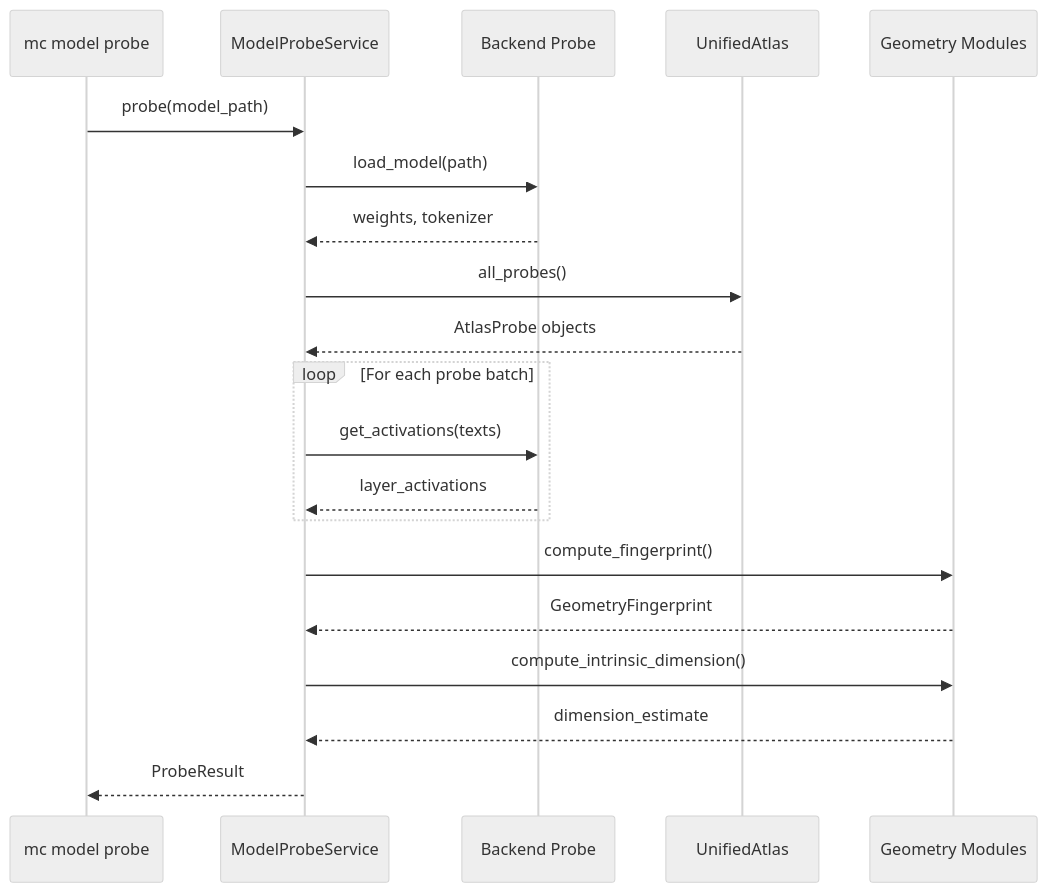
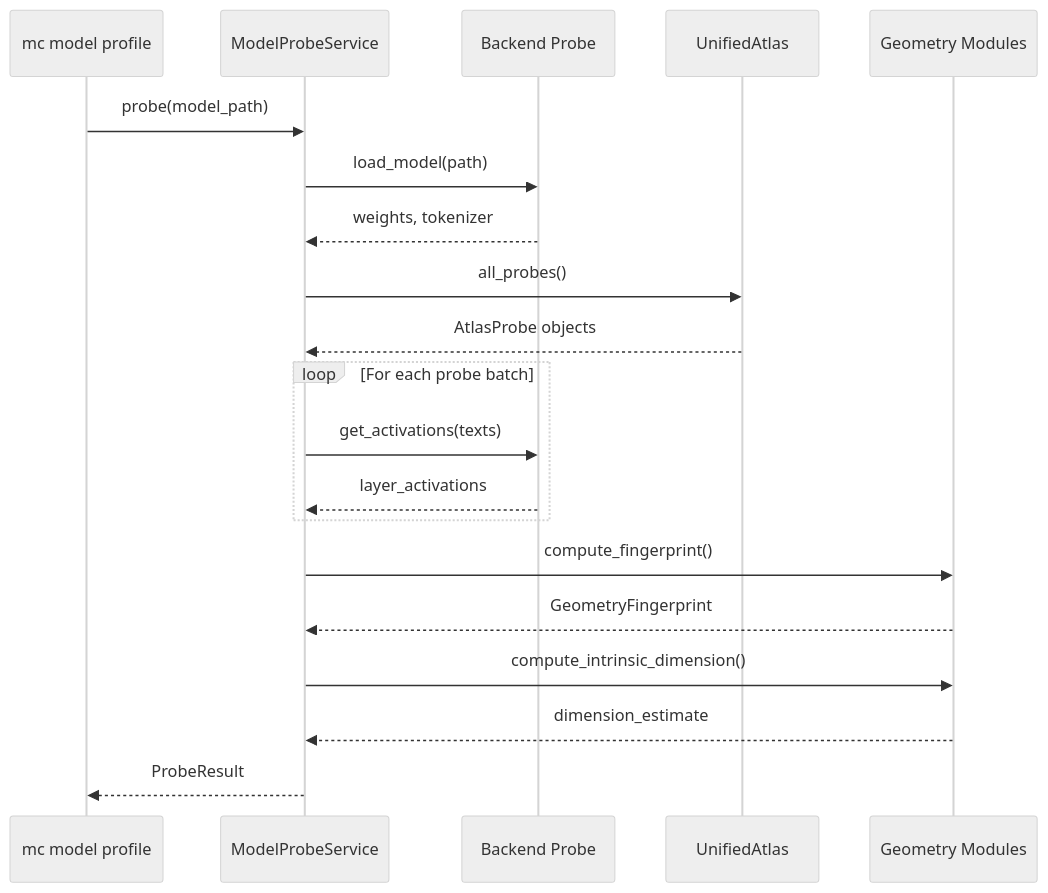
Before and after one commit to Ethyros-AI/ModelCypher: the third of 4 diagrams in docs/ARCHITECTURE.md, drawn with Mermaid (neutral theme). The commit also changed other lines of this file and 52 other files, not shown here.

````diff
--- a/docs/ARCHITECTURE.md
+++ b/docs/ARCHITECTURE.md
@@ -153,28 +153,28 @@
 ```mermaid
 sequenceDiagram
-    participant CLI as mc model probe
+    participant CLI as mc model profile
     participant SVC as ModelProbeService
     participant PROBE as Backend Probe
     participant ATLAS as UnifiedAtlas
     participant GEOM as Geometry Modules
 
     CLI->>SVC: probe(model_path)
     SVC->>PROBE: load_model(path)
     PROBE-->>SVC: weights, tokenizer
 
     SVC->>ATLAS: all_probes()
     ATLAS-->>SVC: AtlasProbe objects
 
     loop For each probe batch
         SVC->>PROBE: get_activations(texts)
         PROBE-->>SVC: layer_activations
     end
 
     SVC->>GEOM: compute_fingerprint()
     GEOM-->>SVC: GeometryFingerprint
 
     SVC->>GEOM: compute_intrinsic_dimension()
     GEOM-->>SVC: dimension_estimate
 
     SVC-->>CLI: ProbeResult
 ```
````
